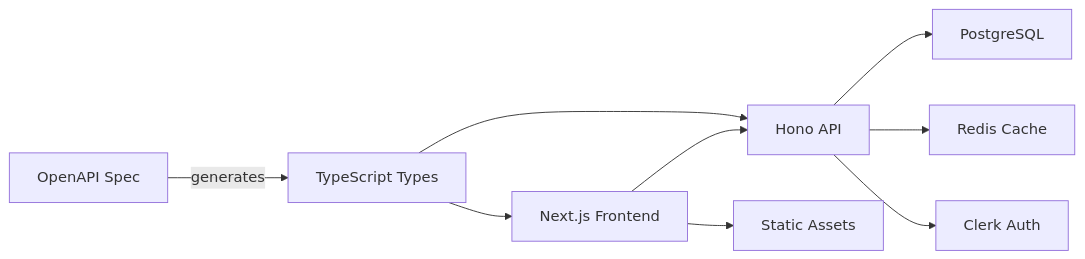
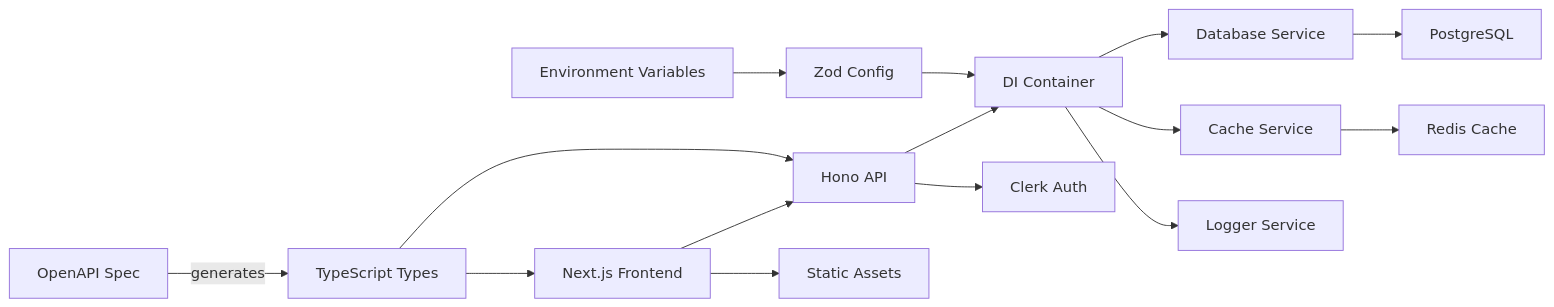
One commit to 248/my-project-template changed the diagram in docs/architecture/system-overview.md. Above: the diagram before and after it, drawn with Mermaid. The commit also changed other lines of this file and 4 other files, not shown here.

````diff
--- a/docs/architecture/system-overview.md
+++ b/docs/architecture/system-overview.md
@@ -81,12 +96,21 @@
 ```mermaid
 graph LR
     Frontend[Next.js Frontend] --> API[Hono API]
-    API --> DB[PostgreSQL]
-    API --> Cache[Redis Cache]
+
+    API --> DI[DI Container]
+    DI --> DatabaseService[Database Service]
+    DI --> CacheService[Cache Service]
+    DI --> LoggerService[Logger Service]
+
+    DatabaseService --> DB[PostgreSQL]
+    CacheService --> Cache[Redis Cache]
     API --> Auth[Clerk Auth]
+
+    Config[Zod Config] --> DI
+    Env[Environment Variables] --> Config
 
     Frontend --> CDN[Static Assets]
     OpenAPI[OpenAPI Spec] --> |generates| Types[TypeScript Types]
     Types --> Frontend
     Types --> API
 ```
````
